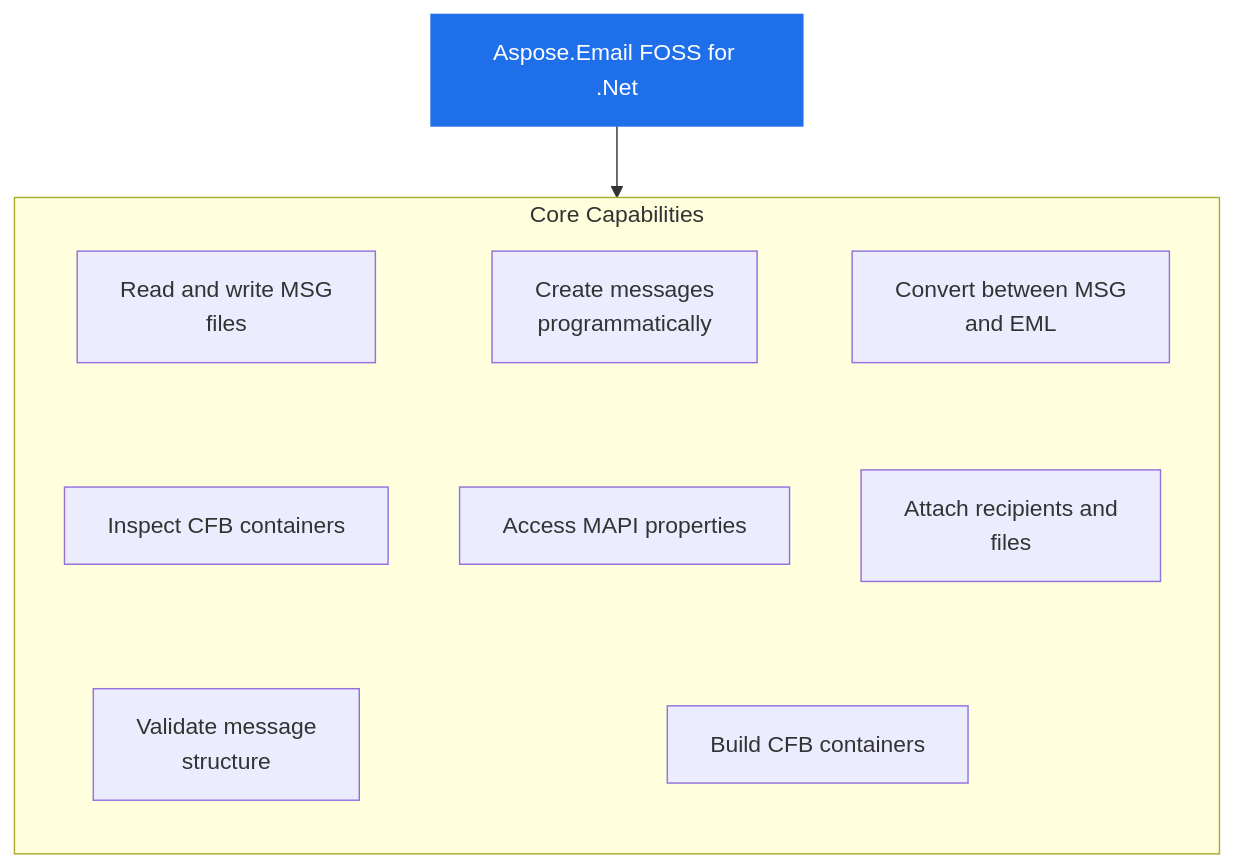
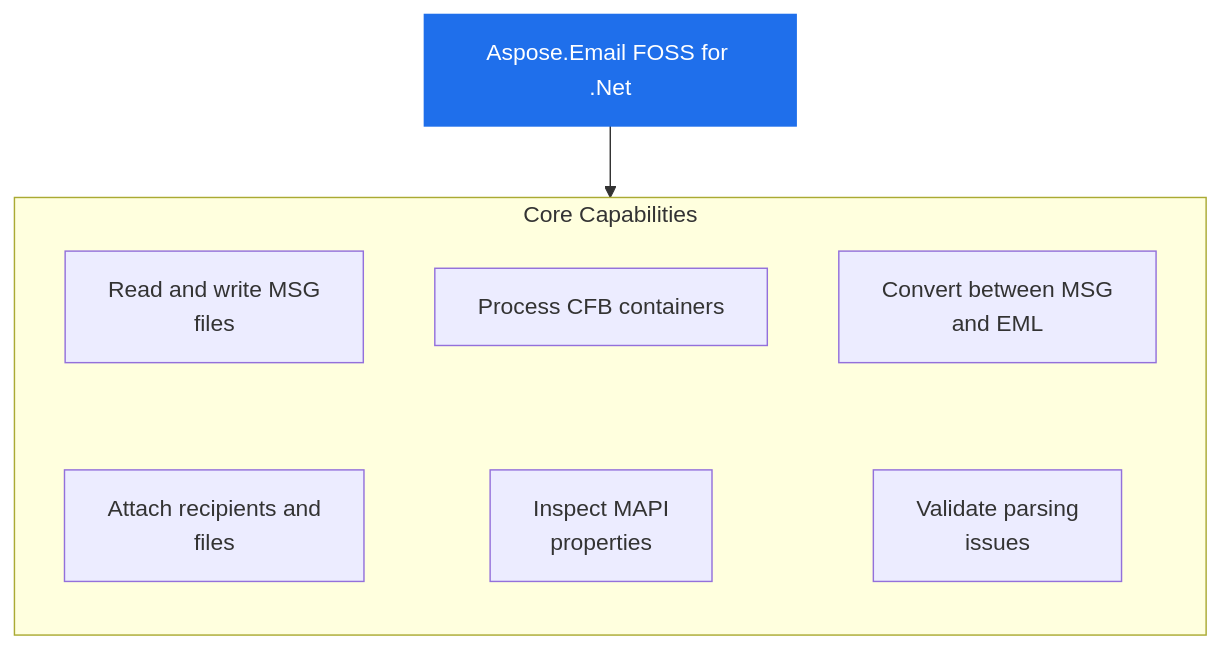
The diagram in 59125b4732df0eedbc4d4c2ab978698ed4348eb7/README.md (babar-raza/repo-presenter), drawn with Mermaid before and after one commit. The commit also changed other lines of this file and 12 other files, not shown here.

````diff
--- a/59125b4732df0eedbc4d4c2ab978698ed4348eb7/README.md
+++ b/59125b4732df0eedbc4d4c2ab978698ed4348eb7/README.md
@@ -32,24 +32,19 @@
 ```mermaid
 flowchart TB
   PRODUCT["Aspose.Email FOSS for .Net"]
   subgraph Capabilities["Core Capabilities"]
     direction TB
     c1["Read and write MSG<br/>files"]
-    c2["Create messages<br/>programmatically"]
+    c2["Process CFB containers"]
     c3["Convert between MSG<br/>and EML"]
-    c4["Inspect CFB containers"]
-    c5["Access MAPI properties"]
-    c6["Attach recipients and<br/>files"]
-    c7["Validate message<br/>structure"]
-    c8["Build CFB containers"]
+    c4["Attach recipients and<br/>files"]
+    c5["Inspect MAPI<br/>properties"]
+    c6["Validate parsing<br/>issues"]
     c1 ~~~ c4
     c2 ~~~ c5
     c3 ~~~ c6
-    c4 ~~~ c7
-    c5 ~~~ c8
-    c6 ~~~ c8
   end
   PRODUCT --> Capabilities
   classDef product fill:#1f6feb,stroke:#1f6feb,color:#ffffff
   class PRODUCT product
 ```
````
